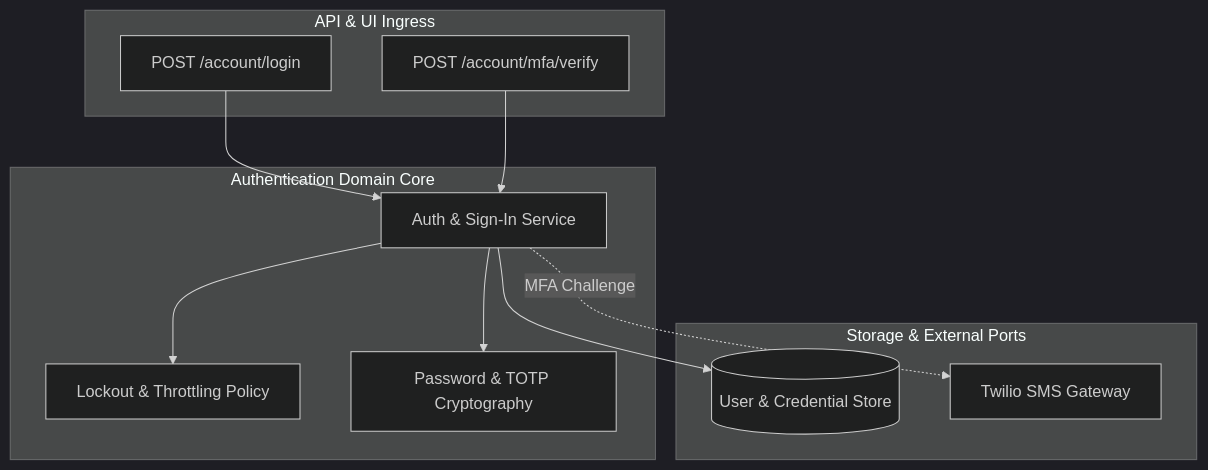
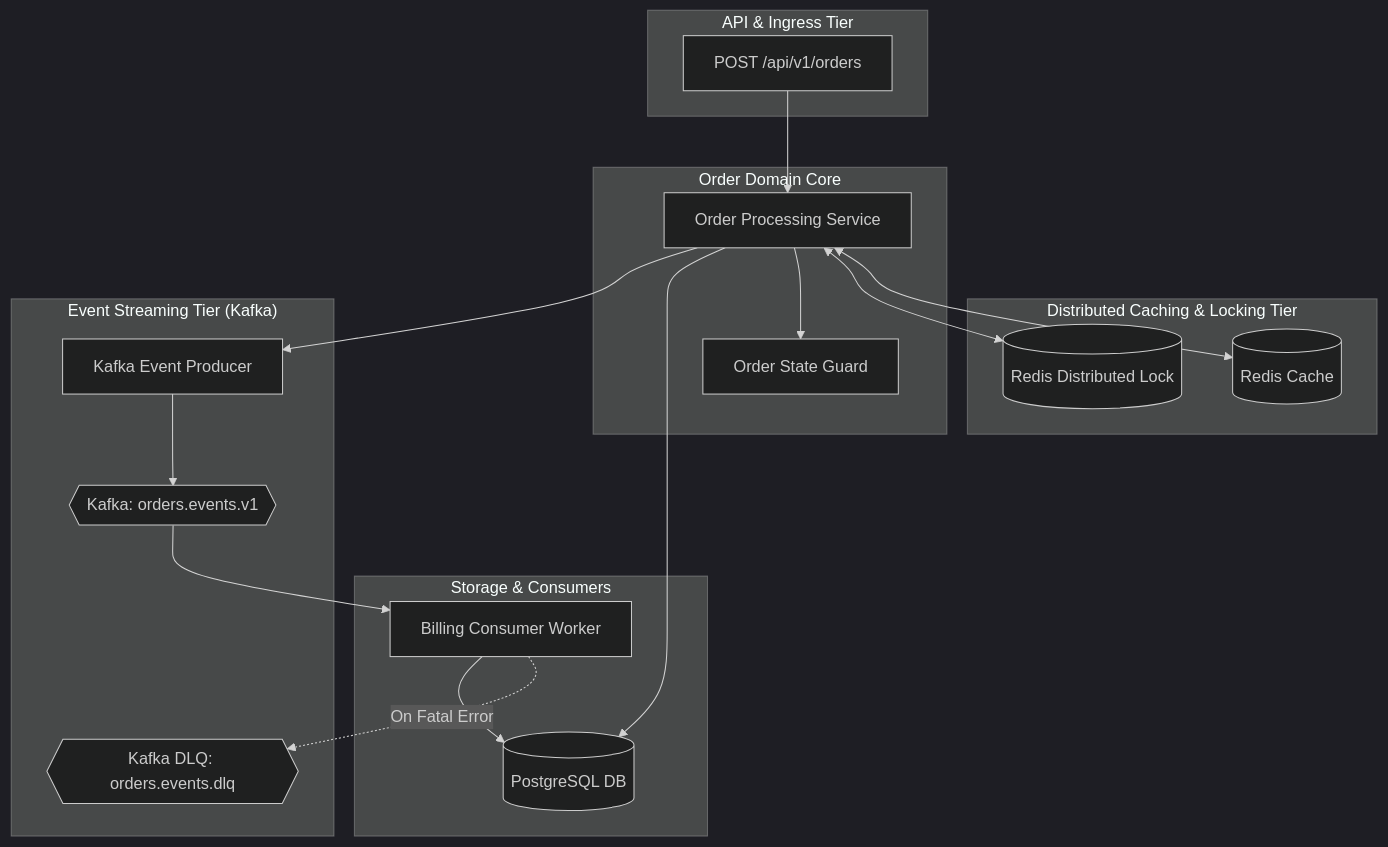
One commit to Nandakumar333/Reponix changed the first of 2 diagrams in skills/arch-review/SKILL.md. Above: the diagram before and after it, drawn with Mermaid (dark theme). The commit also changed other lines of this file and 7 other files, not shown here.

````diff
--- a/skills/arch-review/SKILL.md
+++ b/skills/arch-review/SKILL.md
@@ -49,25 +64,38 @@
   ```mermaid
   graph TD
-      subgraph Ingress ["API & UI Ingress"]
-          LoginRoute["POST /account/login"]
-          MfaRoute["POST /account/mfa/verify"]
+      subgraph Ingress ["API & Ingress Tier"]
+          OrderRoute["POST /api/v1/orders"]
       end
 
-      subgraph DomainCore ["Authentication Domain Core"]
-          AuthService["Auth & Sign-In Service"]
-          LockoutEngine["Lockout & Throttling Policy"]
-          CryptoEngine["Password & TOTP Cryptography"]
+      subgraph FastPath ["Distributed Caching & Locking Tier"]
+          RedisCache[("Redis Cache")]
+          RedisLock[("Redis Distributed Lock")]
       end
 
-      subgraph PersistencePorts ["Storage & External Ports"]
-          UserRepo[("User & Credential Store")]
-          SmsGateway["Twilio SMS Gateway"]
+      subgraph DomainCore ["Order Domain Core"]
+          OrderSvc["Order Processing Service"]
+          OrderEntity["Order State Guard"]
       end
 
-      LoginRoute --> AuthService
-      MfaRoute --> AuthService
-      AuthService --> LockoutEngine
-      AuthService --> CryptoEngine
-      AuthService --> UserRepo
-      AuthService -. "MFA Challenge" .-> SmsGateway
+      subgraph EventBus ["Event Streaming Tier (Kafka)"]
+          OrderProducer["Kafka Event Producer"]
+          OrderTopic{{"Kafka: orders.events.v1"}}
+          OrderDLQ{{"Kafka DLQ: orders.events.dlq"}}
+      end
+
+      subgraph PersistencePorts ["Storage & Consumers"]
+          OrderDB[("PostgreSQL DB")]
+          BillingWorker["Billing Consumer Worker"]
+      end
+
+      OrderRoute --> OrderSvc
+      OrderSvc <--> RedisCache
+      OrderSvc <--> RedisLock
+      OrderSvc --> OrderEntity
+      OrderSvc --> OrderDB
+      OrderSvc --> OrderProducer
+      OrderProducer --> OrderTopic
+      OrderTopic --> BillingWorker
+      BillingWorker -. "On Fatal Error" .-> OrderDLQ
+      BillingWorker --> OrderDB
   ```
````
